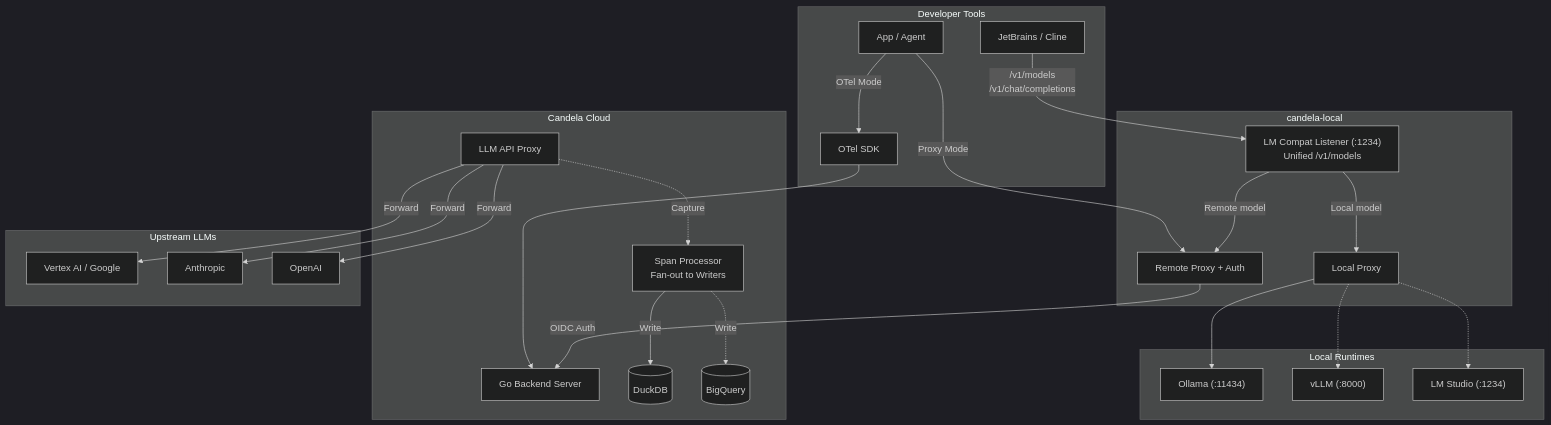
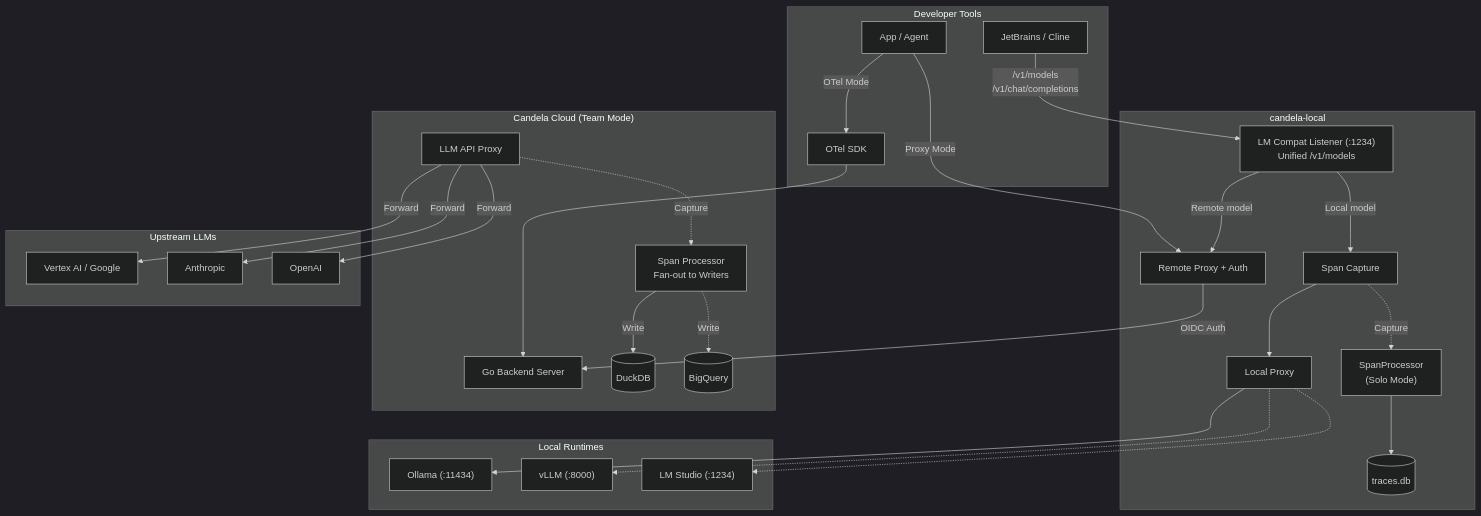
Before and after one commit to candelahq/candela: the diagram in README.md, drawn with Mermaid (dark theme). The commit also changed other lines of this file and 12 other files, not shown here.

First line of the commit message:
feat: embedded local observability for solo mode (#51)

````diff
--- a/README.md
+++ b/README.md
@@ -104,50 +104,56 @@
 ```mermaid
 graph TD
     subgraph "Developer Tools"
         JB[JetBrains / Cline]
         App[App / Agent]
         SDK[OTel SDK]
     end
 
     subgraph "candela-local"
         LM["LM Compat Listener (:1234)<br/>Unified /v1/models"]
+        SC[Span Capture]
         LP[Local Proxy]
         RP[Remote Proxy + Auth]
+        SP["SpanProcessor<br/>(Solo Mode)"]
+        SQLite[(traces.db)]
     end
 
     subgraph "Local Runtimes"
         Ollama["Ollama (:11434)"]
         VLLM["vLLM (:8000)"]
         LMS["LM Studio (:1234)"]
     end
 
-    subgraph "Candela Cloud"
+    subgraph "Candela Cloud (Team Mode)"
         Server[Go Backend Server]
         Proxy[LLM API Proxy]
         Processor[Span Processor<br/>Fan-out to Writers]
         DuckDB[(DuckDB)]
         BQ[(BigQuery)]
     end
 
     subgraph "Upstream LLMs"
         VAI[Vertex AI / Google]
         ANT[Anthropic]
         OAI[OpenAI]
     end
 
     JB -->|/v1/models<br/>/v1/chat/completions| LM
-    LM -->|Local model| LP
+    LM -->|Local model| SC
+    SC --> LP
+    SC -.->|Capture| SP
+    SP --> SQLite
     LM -->|Remote model| RP
     LP --> Ollama
     LP -.-> VLLM
     LP -.-> LMS
     RP -->|OIDC Auth| Server
     App -->|Proxy Mode| RP
     App -->|OTel Mode| SDK --> Server
     Proxy -->|Forward| VAI
     Proxy -->|Forward| ANT
     Proxy -->|Forward| OAI
     Proxy -.->|Capture| Processor
     Processor -->|Write| DuckDB
     Processor -.->|Write| BQ
 ```
````
